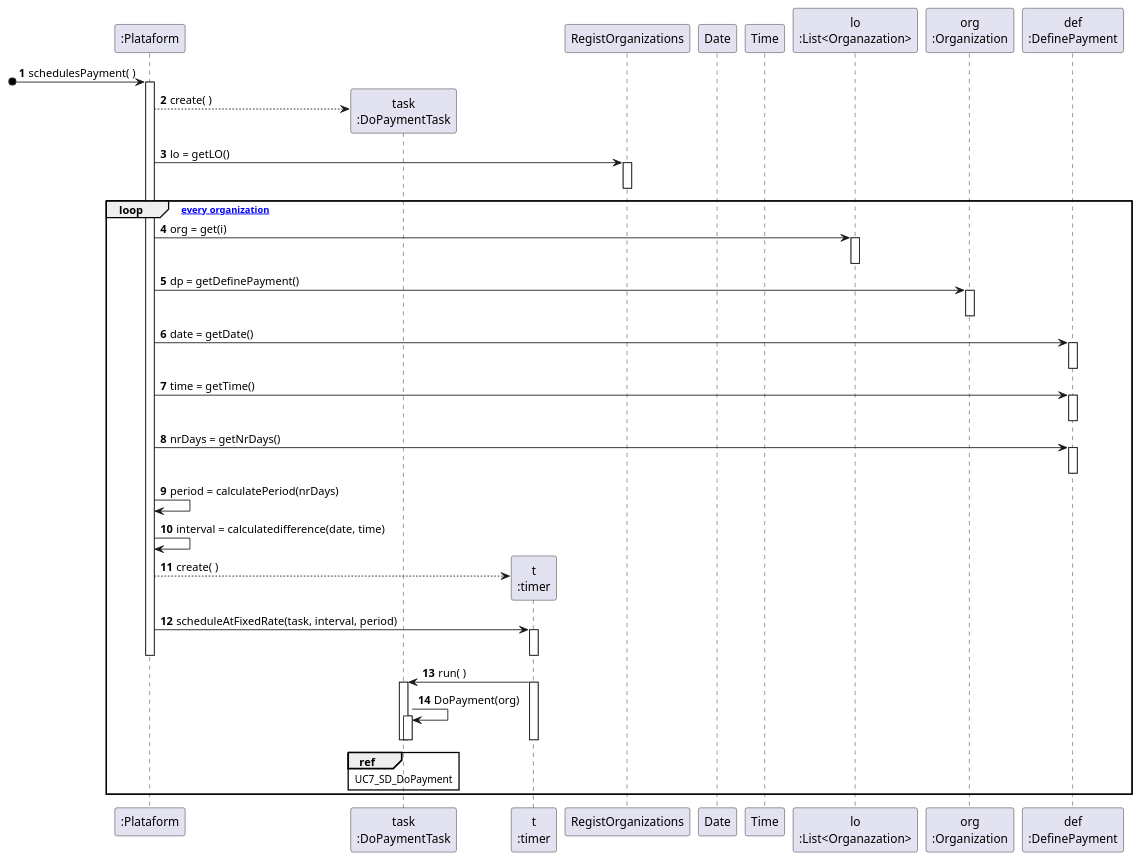
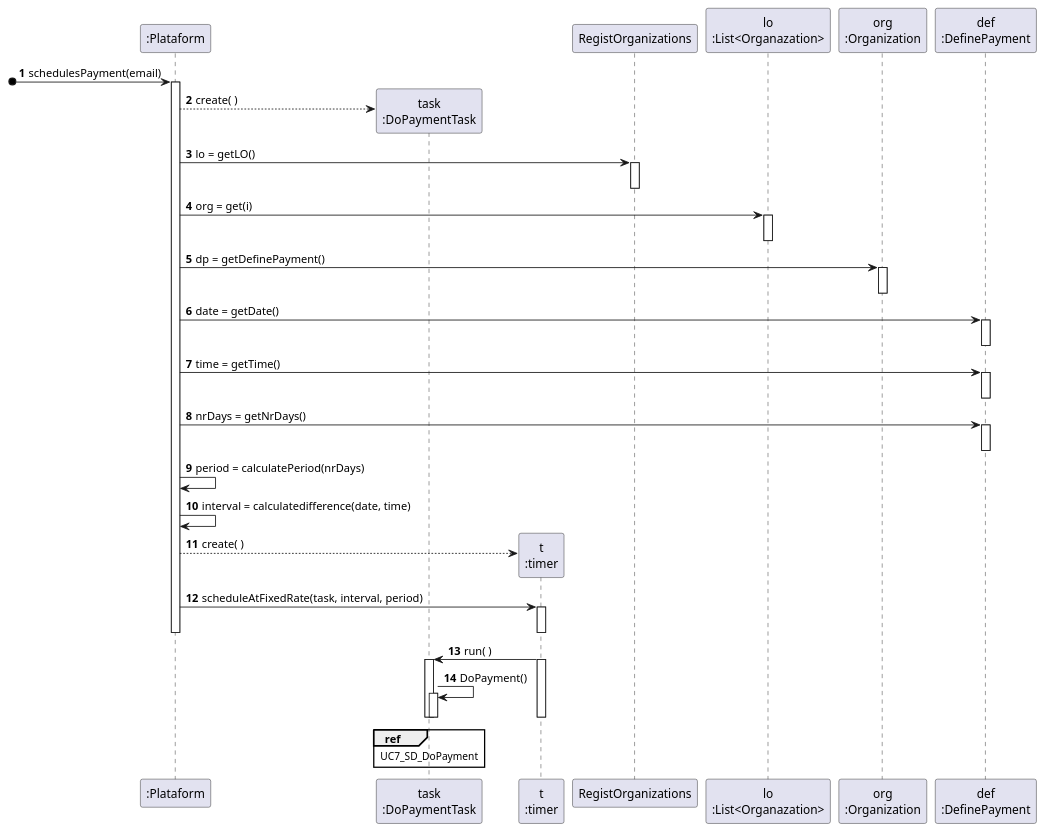
The diagram in docs/UC7 - Do Payment Automatically/UC7_SD.puml (1190452/LAPR2), drawn with PlantUML before and after one commit. The commit also changed 5 other files, not shown here.

```diff
--- a/docs/UC7 - Do Payment Automatically/UC7_SD.puml
+++ b/docs/UC7 - Do Payment Automatically/UC7_SD.puml
@@ -1,68 +1,66 @@
 @startuml
 autonumber
 
 participant ":Plataform" as PLAT
 participant "task\n:DoPaymentTask" as TASK
 participant "t\n:timer" as TI
 participant "RegistOrganizations" as RORGS
-participant "Date" as D
-participant "Time" as T
 participant "lo\n:List<Organazation>" as LO
 participant "org\n:Organization" as O
 participant "def\n:DefinePayment" as DP
 
 
 
-[o-> PLAT : schedulesPayment( )
+[o-> PLAT : schedulesPayment(email)
 activate PLAT
 
 PLAT --> TASK** : create( )
 
 
 
 PLAT -> RORGS : lo = getLO()
 activate RORGS
 deactivate RORGS
-loop [for every organization]
+
 PLAT -> LO : org = get(i)
 activate LO
 deactivate LO
 PLAT -> O : dp = getDefinePayment()
 activate O
 deactivate O
 PLAT -> DP : date = getDate()
 activate DP
 deactivate DP
 PLAT -> DP : time = getTime()
 activate DP
 deactivate DP
 PLAT -> DP : nrDays = getNrDays()
 activate DP
 deactivate DP
 
 PLAT -> PLAT : period = calculatePeriod(nrDays)
 
 
 PLAT -> PLAT : interval = calculatedifference(date, time)
 
 
 PLAT --> TI** : create( )
 PLAT -> TI : scheduleAtFixedRate(task, interval, period)
 activate TI
 deactivate TI
 deactivate PLAT
 
 TI -> TASK : run( )
 activate TI
 activate TASK
-TASK -> TASK : DoPayment(org)
+TASK -> TASK : DoPayment()
 ref over TASK : UC7_SD_DoPayment
 activate TASK
 deactivate TASK
 deactivate TASK
 deactivate TI
-end loop
+
 
 
 
 @enduml
```
